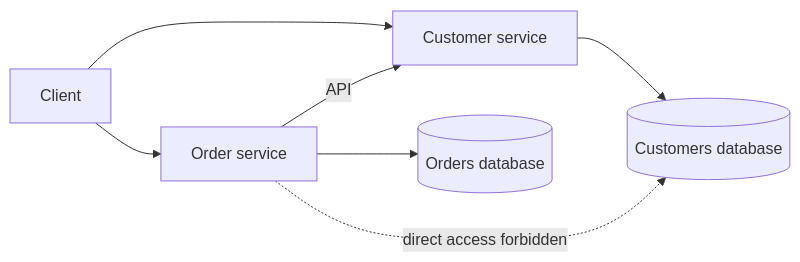
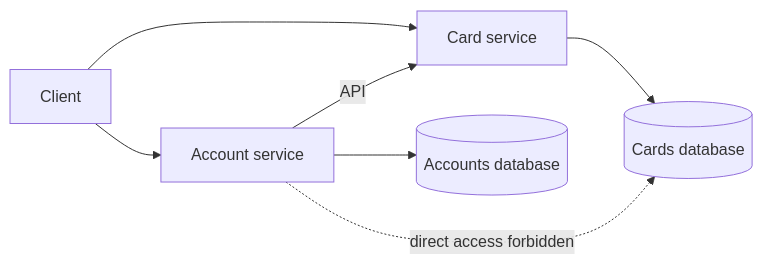
One commit to alancesar/design-patterns changed the diagram in i18n/en/docusaurus-plugin-content-docs/current/architecture/microservices/service-collaboration/database-per-service.md. Above: the diagram before and after it, drawn with Mermaid. The commit also changed other lines of this file and 27 other files, not shown here.

Commit message:
Switch microservices concrete diagrams to fintech scenarios

````diff
--- a/i18n/en/docusaurus-plugin-content-docs/current/architecture/microservices/service-collaboration/database-per-service.md
+++ b/i18n/en/docusaurus-plugin-content-docs/current/architecture/microservices/service-collaboration/database-per-service.md
@@ -57,9 +57,9 @@
 ```mermaid
 flowchart LR
-    C["Client"] --> OS["Order service"]
-    C --> CS["Customer service"]
-    OS --> ODB[("Orders database")]
-    CS --> CDB[("Customers database")]
-    OS -->|"API"| CS
-    OS -.->|"direct access forbidden"| CDB
+    C["Client"] --> ACC["Account service"]
+    C --> CS["Card service"]
+    ACC --> ADB[("Accounts database")]
+    CS --> CDB[("Cards database")]
+    ACC -->|"API"| CS
+    ACC -.->|"direct access forbidden"| CDB
 ```
````
